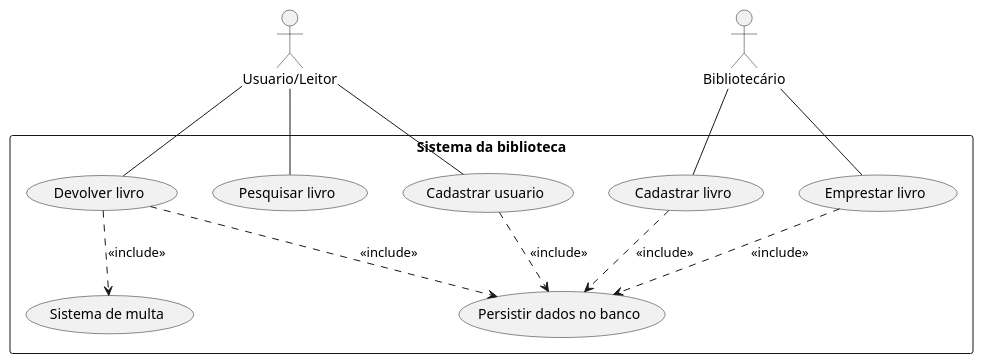
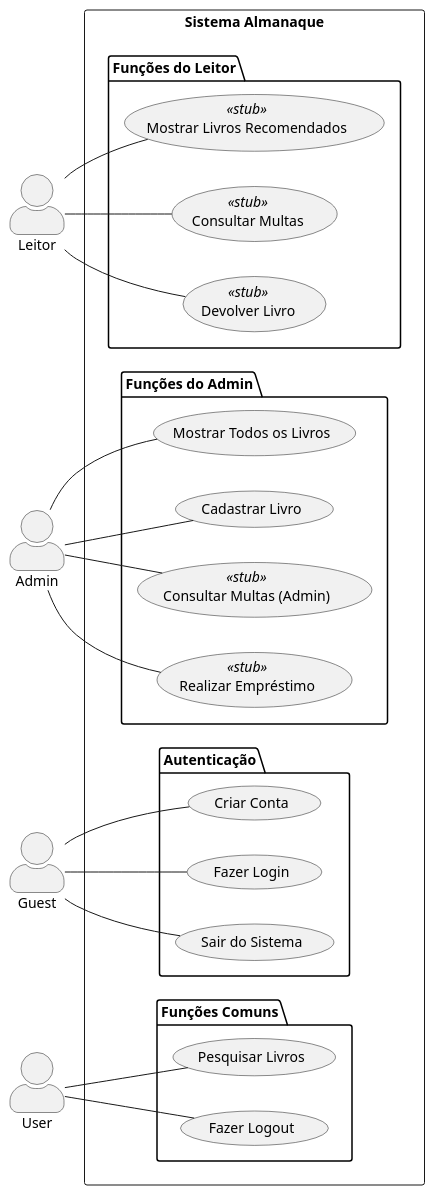
The diagram in docs/DiagramaCasoDeUso.puml (Demicouto/Projeto-Almanaque), drawn with PlantUML before and after one commit. The commit also changed 23 other files, not shown here.

```diff
--- a/docs/DiagramaCasoDeUso.puml
+++ b/docs/DiagramaCasoDeUso.puml
@@ -1,33 +1,62 @@
-@startuml Diagrama de caso de uso
+@startuml
+skinparam actorStyle awesome
+left to right direction
 
-actor "Usuario/Leitor" as U
-actor "Bibliotecário" as B
 
-rectangle "Sistema da biblioteca" {
-    usecase (Pesquisar livro) as UC_PESQUISAR_LIVRO
-    usecase (Cadastrar usuario) as UC_CADASTRAR_USUARIO
-    usecase (Devolver livro) as UC_DEVOLVER_LIVRO
 
-    usecase (Emprestar livro) as UC_EMPRESTAR_LIVRO
-    usecase (Cadastrar livro) as UC_CADASTRAR_LIVRO
+actor "Leitor"
+actor "Admin"
 
-    usecase (Persistir dados no banco) as UC_GUARDAR_NO_BANCO
-    usecase (Sistema de multa) as US_MULTAR_ATRASO
 
-    UC_CADASTRAR_USUARIO ..> UC_GUARDAR_NO_BANCO : <<include>>
-    UC_DEVOLVER_LIVRO ..> UC_GUARDAR_NO_BANCO : <<include>>
-    UC_EMPRESTAR_LIVRO ..> UC_GUARDAR_NO_BANCO : <<include>>
-    UC_CADASTRAR_LIVRO ..> UC_GUARDAR_NO_BANCO : <<include>>
+rectangle "Sistema Almanaque" {
 
-    UC_DEVOLVER_LIVRO ..> US_MULTAR_ATRASO : <<include>>
 
+  package "Autenticação" {
+    usecase "Criar Conta" as UC_Create
+    usecase "Fazer Login" as UC_Login
+    usecase "Sair do Sistema" as UC_Exit
+  }
+
+
+  package "Funções Comuns" {
+    usecase "Pesquisar Livros" as UC_Search
+    usecase "Fazer Logout" as UC_Logout
+  }
+
+
+  package "Funções do Leitor" {
+    usecase "Mostrar Livros Recomendados" as UC_Recomend <<stub>>
+    usecase "Consultar Multas" as UC_LeitorMulta <<stub>>
+    usecase "Devolver Livro" as UC_Devolve <<stub>>
+  }
+
+
+  package "Funções do Admin" {
+    usecase "Mostrar Todos os Livros" as UC_ListAll
+    usecase "Cadastrar Livro" as UC_AddLivro
+    usecase "Consultar Multas (Admin)" as UC_AdminMulta <<stub>>
+    usecase "Realizar Empréstimo" as UC_Emprestimo <<stub>>
+  }
 }
 
-U -- UC_CADASTRAR_USUARIO
-U -- UC_PESQUISAR_LIVRO
-U -- UC_DEVOLVER_LIVRO
 
-B -- UC_EMPRESTAR_LIVRO
-B -- UC_CADASTRAR_LIVRO
+Guest -- UC_Create
+Guest -- UC_Login
+Guest -- UC_Exit
+
+
+User -- UC_Search
+User -- UC_Logout
+
+
+Leitor -- UC_Recomend
+Leitor -- UC_LeitorMulta
+Leitor -- UC_Devolve
+
+
+Admin -- UC_ListAll
+Admin -- UC_AddLivro
+Admin -- UC_AdminMulta
+Admin -- UC_Emprestimo
 
 @enduml
```
